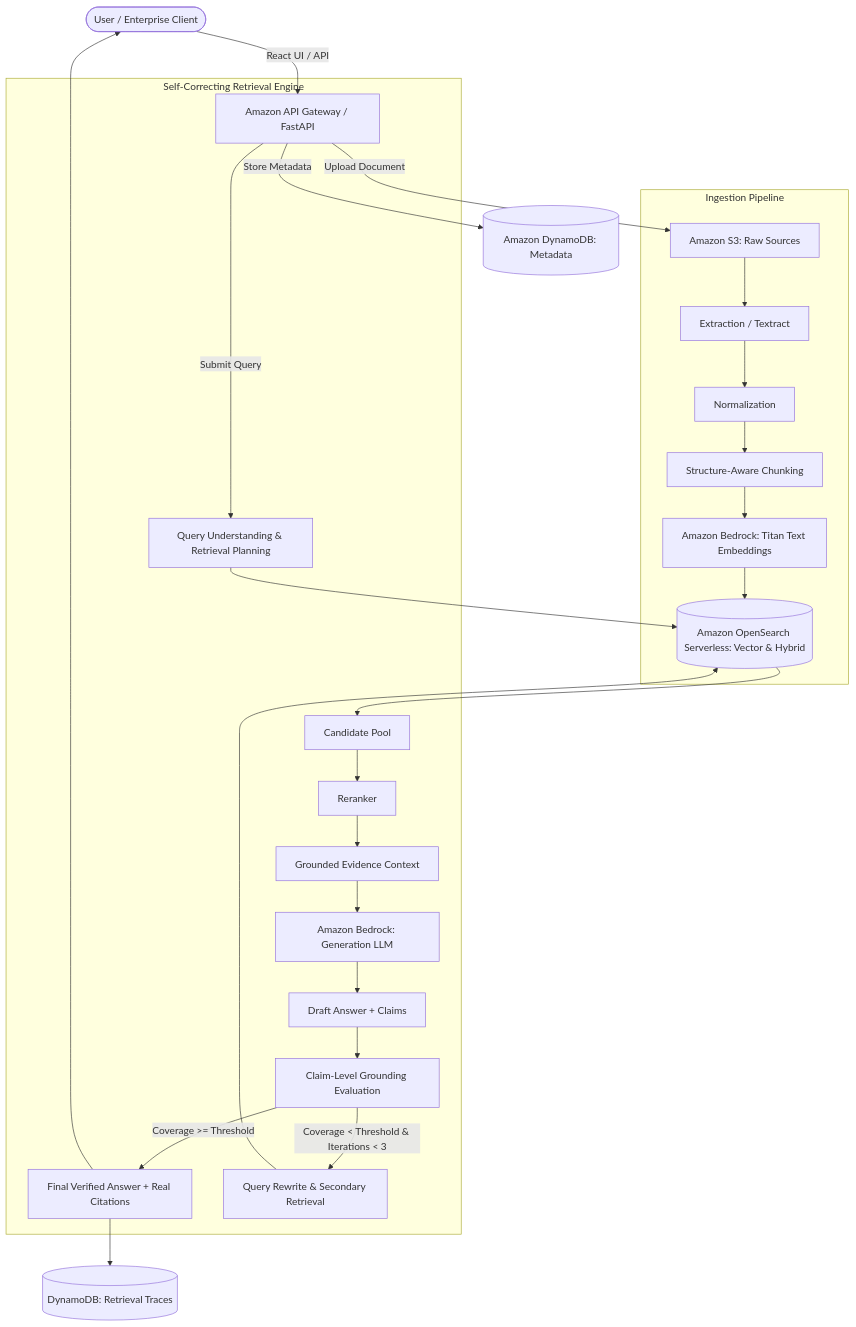
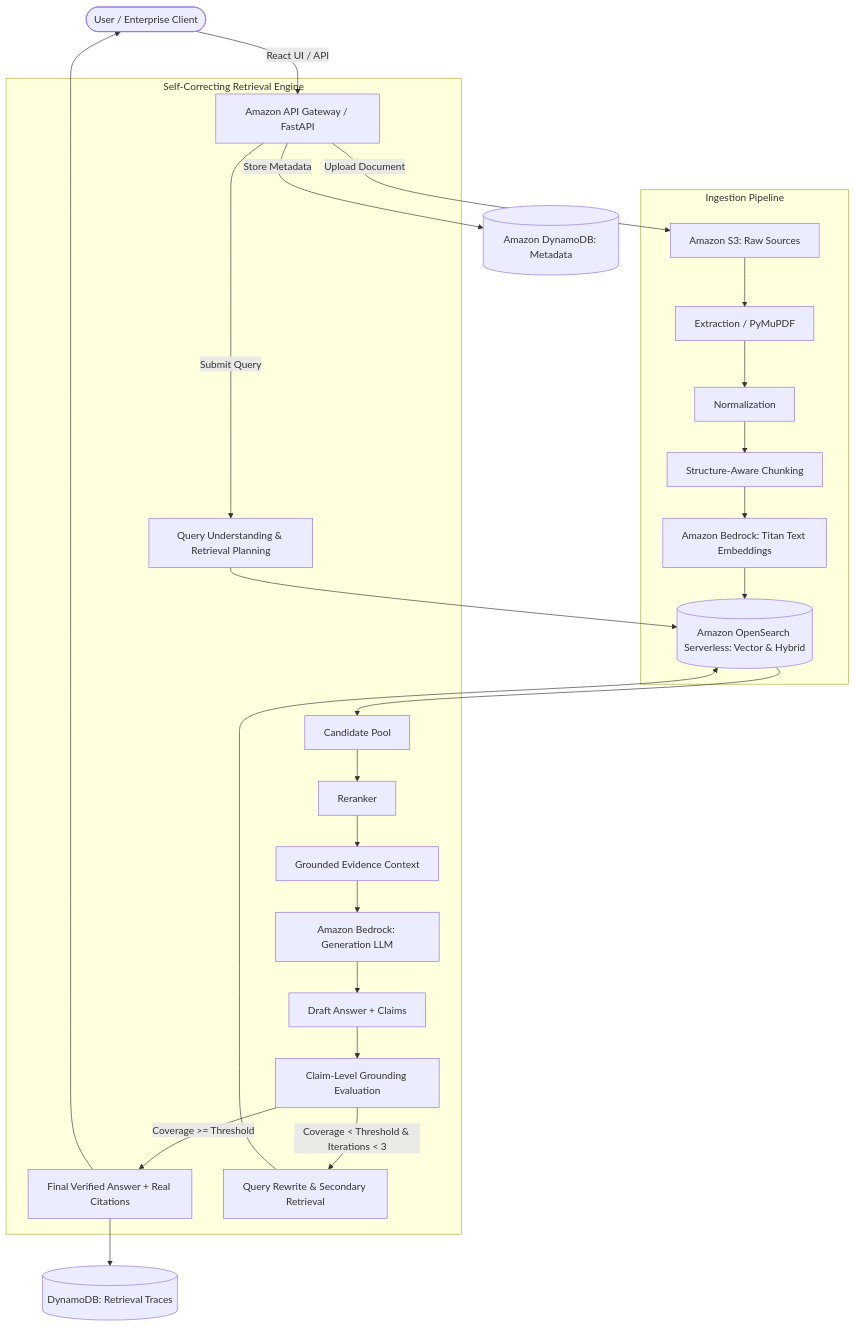
Before and after one commit to prasadborusu/Aegis-Self-Correcting-Multimodal-GraphRAG-Platform: the diagram in README.md, drawn with Mermaid. The commit also changed other lines of this file, not shown here.

````diff
--- a/README.md
+++ b/README.md
@@ -34,32 +28,32 @@
 ```mermaid
 flowchart TD
     User([User / Enterprise Client]) -->|React UI / API| APIGW[Amazon API Gateway / FastAPI]
     APIGW -->|Upload Document| S3Raw[Amazon S3: Raw Sources]
     APIGW -->|Store Metadata| DDBMeta[(Amazon DynamoDB: Metadata)]
     
     subgraph Ingestion Pipeline
-        S3Raw --> Extract[Extraction / Textract]
+        S3Raw --> Extract[Extraction / PyMuPDF]
         Extract --> Norm[Normalization]
         Norm --> Chunk[Structure-Aware Chunking]
         Chunk --> BedrockEmb[Amazon Bedrock: Titan Text Embeddings]
         BedrockEmb --> OSIndex[(Amazon OpenSearch Serverless: Vector & Hybrid)]
     end
 
     subgraph Self-Correcting Retrieval Engine
         APIGW -->|Submit Query| QueryPlan[Query Understanding & Retrieval Planning]
         QueryPlan --> OSIndex
         OSIndex --> Candidates[Candidate Pool]
         Candidates --> Rerank[Reranker]
         Rerank --> Evidence[Grounded Evidence Context]
         Evidence --> BedrockGen[Amazon Bedrock: Generation LLM]
         BedrockGen --> AnswerDraft[Draft Answer + Claims]
         AnswerDraft --> GroundingEval[Claim-Level Grounding Evaluation]
         
         GroundingEval -->|Coverage >= Threshold| FinalAnswer[Final Verified Answer + Real Citations]
         GroundingEval -->|Coverage < Threshold & Iterations < 3| ReQuery[Query Rewrite & Secondary Retrieval]
         ReQuery --> OSIndex
     end
 
     FinalAnswer --> Trace[(DynamoDB: Retrieval Traces)]
     FinalAnswer --> User
 ```
````
